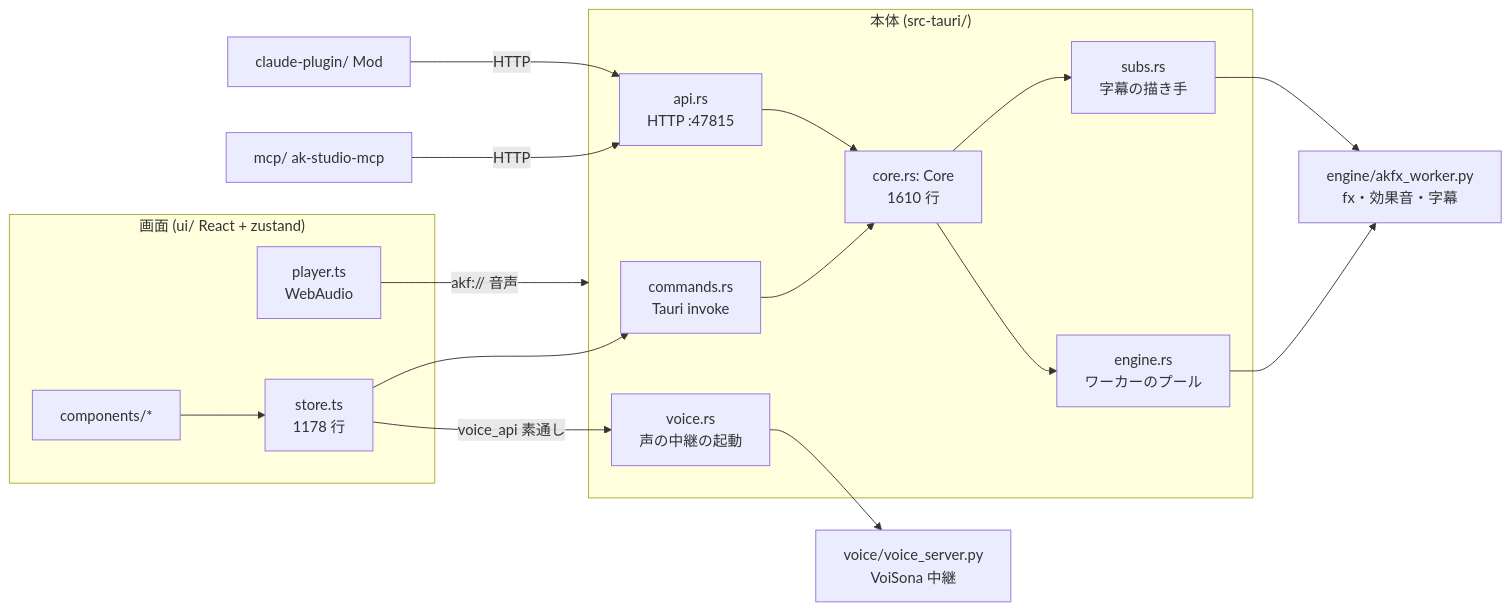
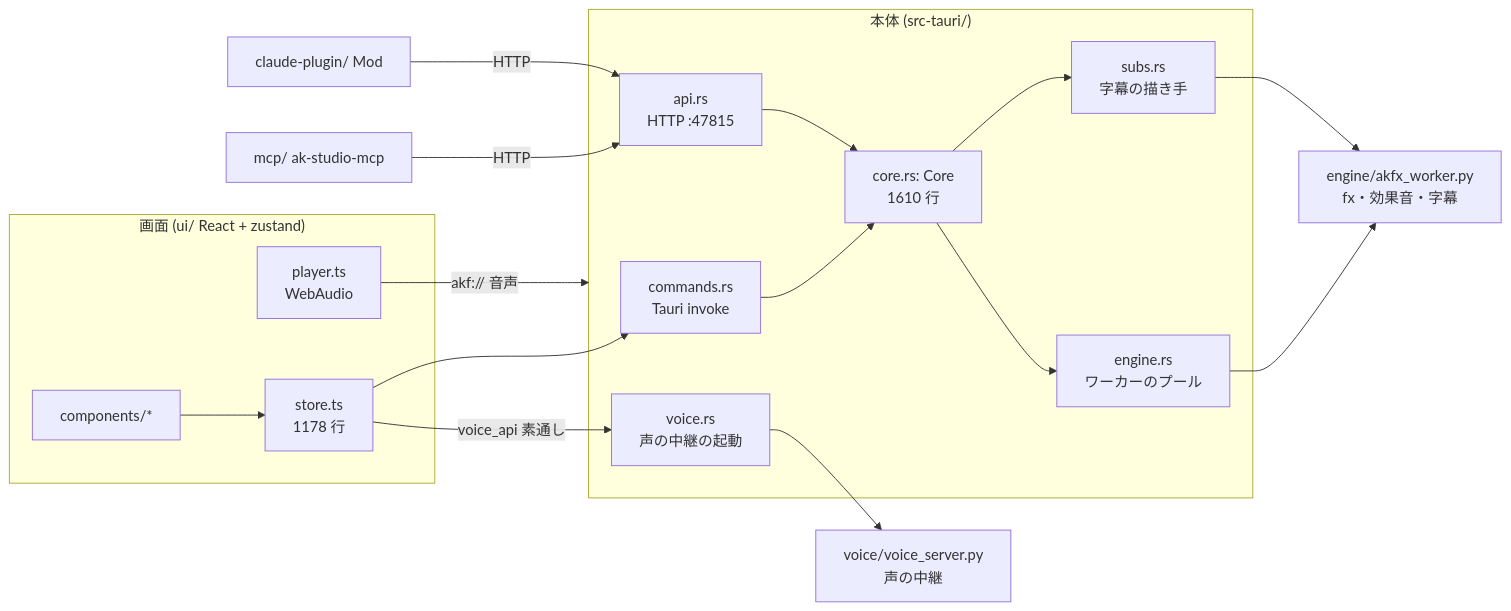
The diagram in docs/architecture.md (holmesfems/ai-kaisetsu-studio), drawn with Mermaid before and after one commit. The commit also changed 6 other files, not shown here.

````diff
--- a/docs/architecture.md
+++ b/docs/architecture.md
@@ -23,28 +23,28 @@
 ```mermaid
 flowchart LR
   subgraph UI["画面 (ui/ React + zustand)"]
     store[store.ts<br/>1178 行]
     player[player.ts<br/>WebAudio]
     comps[components/*]
   end
   subgraph Rust["本体 (src-tauri/)"]
     cmd[commands.rs<br/>Tauri invoke]
     api[api.rs<br/>HTTP :47815]
     core[core.rs: Core<br/>1610 行]
     eng[engine.rs<br/>ワーカーのプール]
     subsR[subs.rs<br/>字幕の描き手]
     voiceR[voice.rs<br/>声の中継の起動]
   end
   py[engine/akfx_worker.py<br/>fx・効果音・字幕]
-  vs[voice/voice_server.py<br/>VoiSona 中継]
+  vs[voice/voice_server.py<br/>声の中継]
   mcp[mcp/ ak-studio-mcp]
   mod[claude-plugin/ Mod]
 
   comps --> store --> cmd --> core
   player -- akf:// 音声 --> Rust
   store -- voice_api 素通し --> voiceR --> vs
   mcp -- HTTP --> api --> core
   mod -- HTTP --> api
   core --> eng --> py
   core --> subsR --> py
 ```
````
